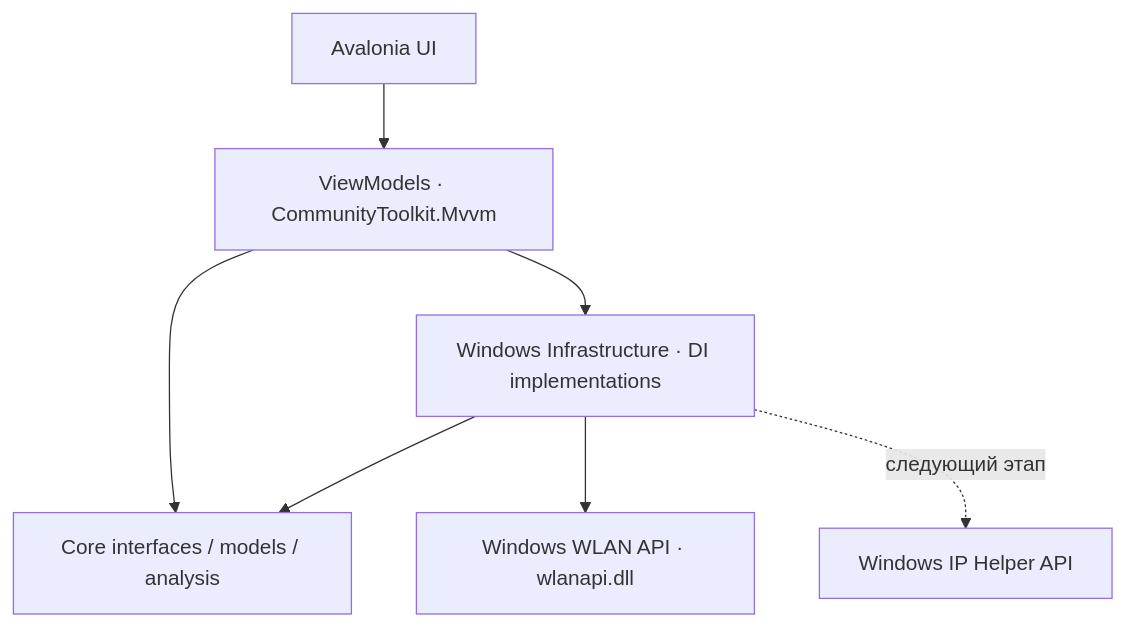
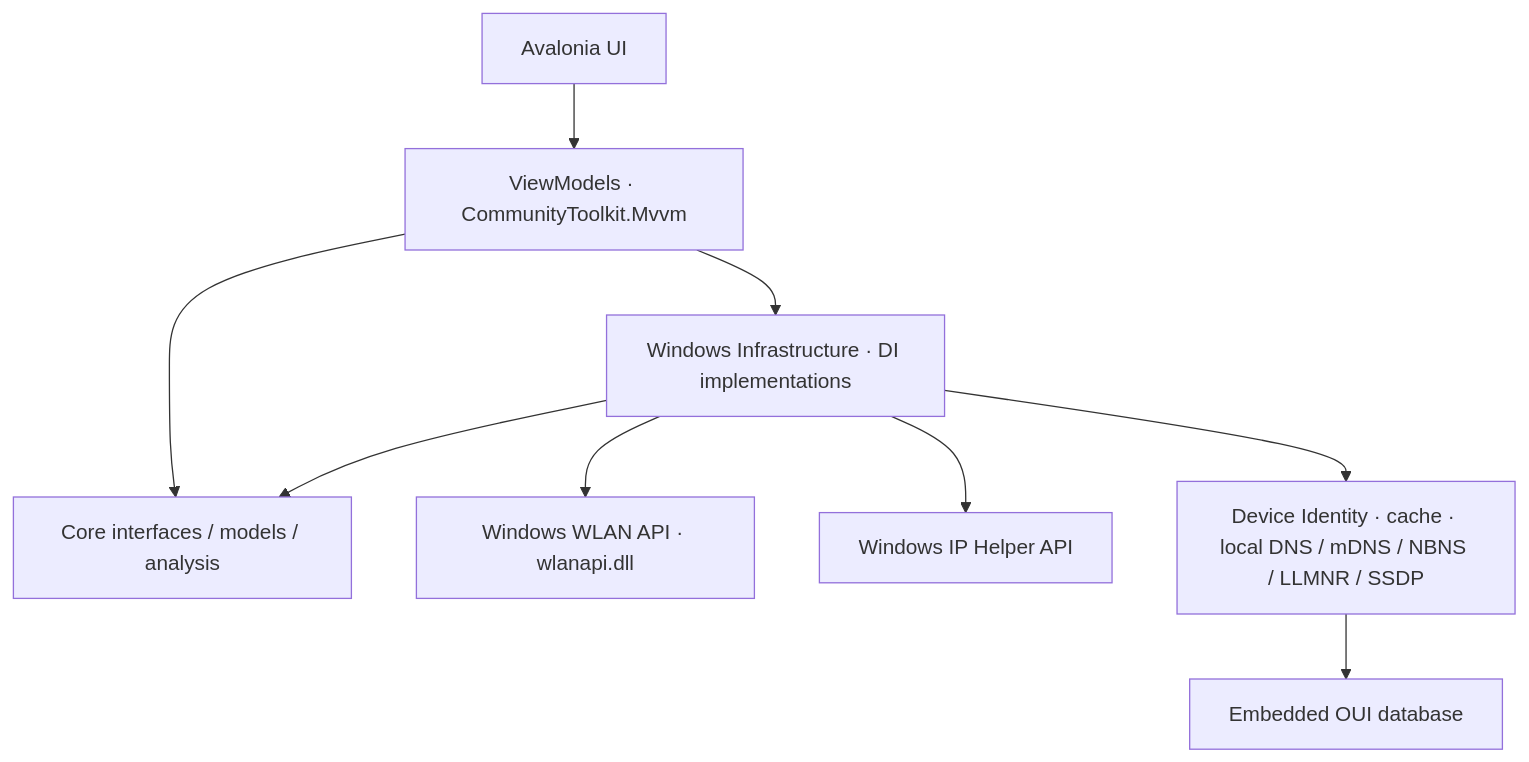
Before and after one commit to KirillBass/WIFI_Scanner: the diagram in README.md, drawn with Mermaid. The commit also changed other lines of this file and 33 other files, not shown here.

Commit message:
Implement async device identity resolution and prepare v5.0.0 release

````diff
--- a/README.md
+++ b/README.md
@@ -119,9 +140,11 @@
 ```mermaid
 flowchart TD
   UI["Avalonia UI"] --> VM["ViewModels · CommunityToolkit.Mvvm"]
   VM --> Core["Core interfaces / models / analysis"]
   VM --> Infra["Windows Infrastructure · DI implementations"]
   Infra --> Core
   Infra --> WLAN["Windows WLAN API · wlanapi.dll"]
-  Infra -. "следующий этап" .-> IP["Windows IP Helper API"]
+  Infra --> IP["Windows IP Helper API"]
+  Infra --> Identity["Device Identity · cache · local DNS / mDNS / NBNS / LLMNR / SSDP"]
+  Identity --> Oui["Embedded OUI database"]
 ```
````
